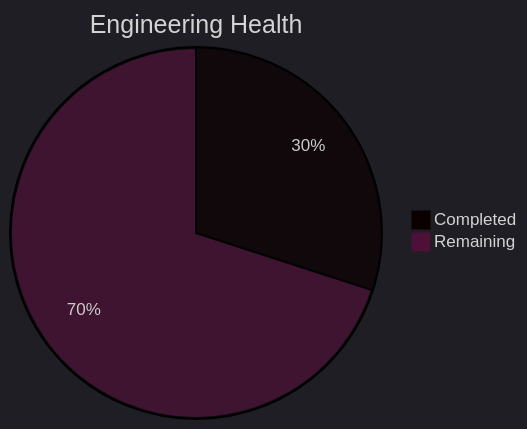
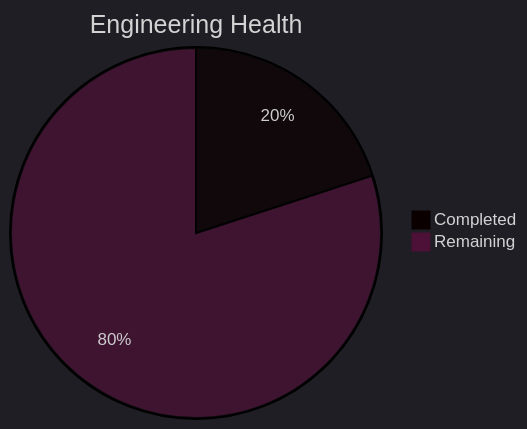
One commit to Neogleamz/SK8Lytz changed the third of 5 diagrams in tools/SK8Lytz_Bucket_List.md. Above: the diagram before and after it, drawn with Mermaid. The commit also changed other lines of this file and 10 other files, not shown here.

Commit message:
feat(supabase): harden cloud infrastructure schema and reconcile types

````diff
--- a/tools/SK8Lytz_Bucket_List.md
+++ b/tools/SK8Lytz_Bucket_List.md
@@ -40,6 +41,6 @@
 ```mermaid
 %%{init: {'theme': 'dark'}}%%
 pie title Engineering Health
   "Completed" : 3
-  "Remaining" : 7
+  "Remaining" : 12
 ```
````
